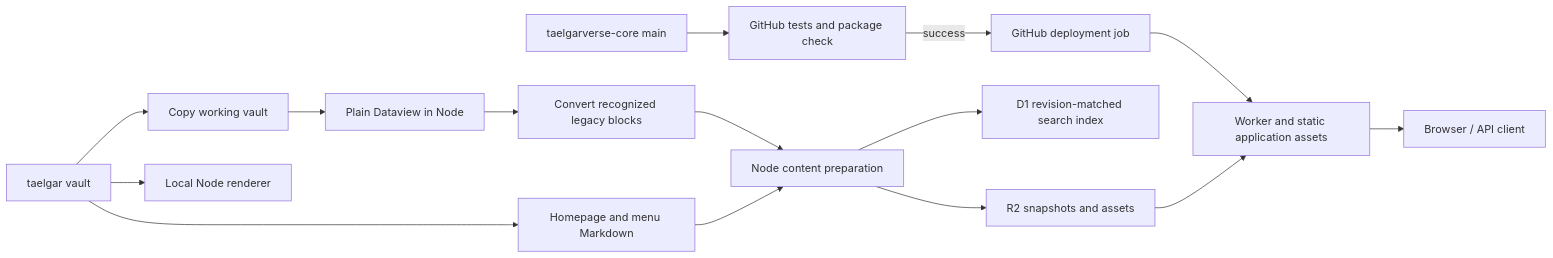
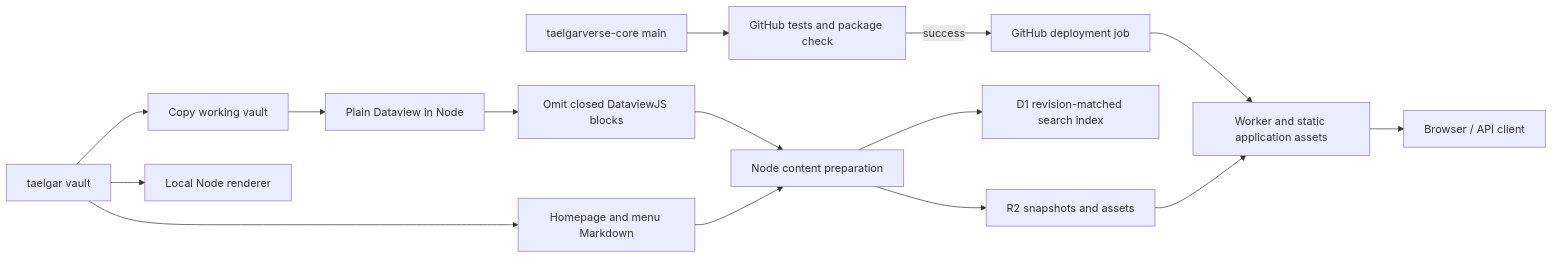
Before and after one commit to msackton/taelgarverse-core: the diagram in docs/architecture.md, drawn with Mermaid. The commit also changed other lines of this file and 15 other files, not shown here.

````diff
--- a/docs/architecture.md
+++ b/docs/architecture.md
@@ -29,17 +29,17 @@
 ```mermaid
 flowchart LR
     V[taelgar vault] --> F[Copy working vault]
     F --> Q[Plain Dataview in Node]
-    Q --> X[Convert recognized legacy blocks]
+    Q --> X[Omit closed DataviewJS blocks]
     X --> P[Node content preparation]
     V --> S[Homepage and menu Markdown]
     S --> P
     P --> R[R2 snapshots and assets]
     P --> D[D1 revision-matched search index]
     C[taelgarverse-core main] --> T[GitHub tests and package check]
     T -->|success| B[GitHub deployment job]
     B --> W[Worker and static application assets]
     R --> W
     W --> U[Browser / API client]
     V --> N[Local Node renderer]
 ```
````
